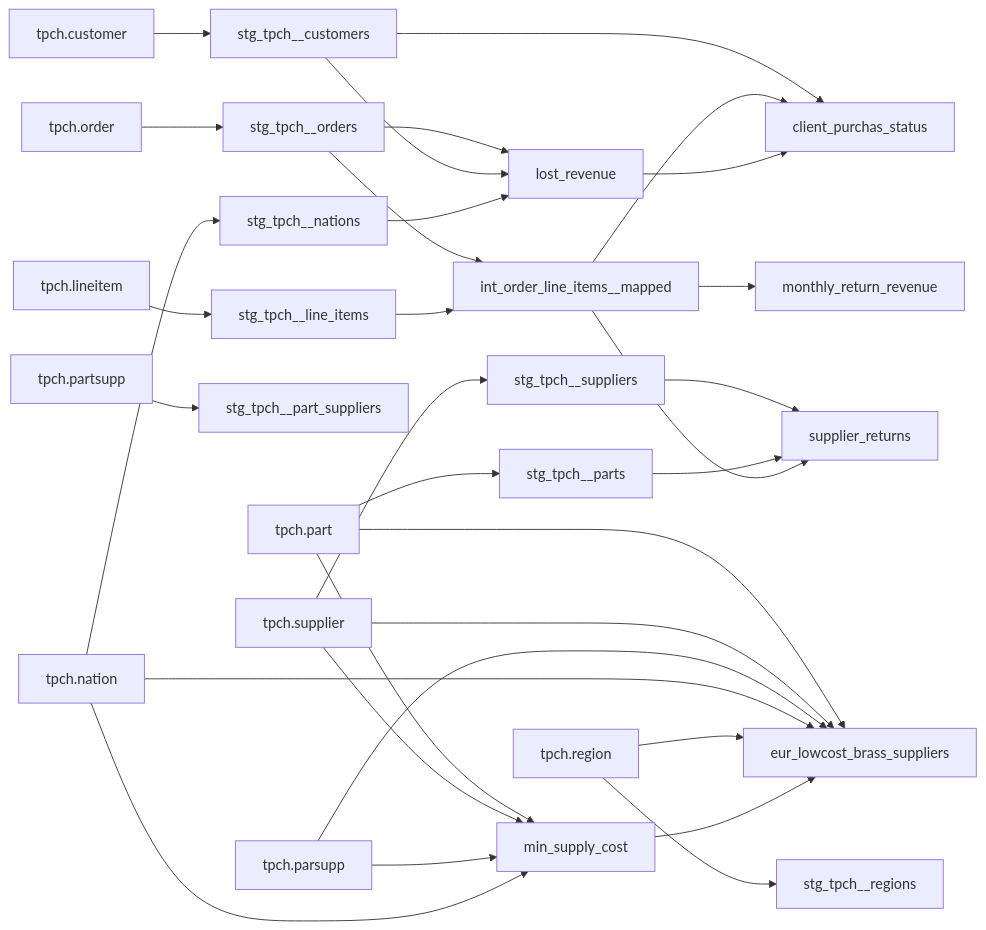
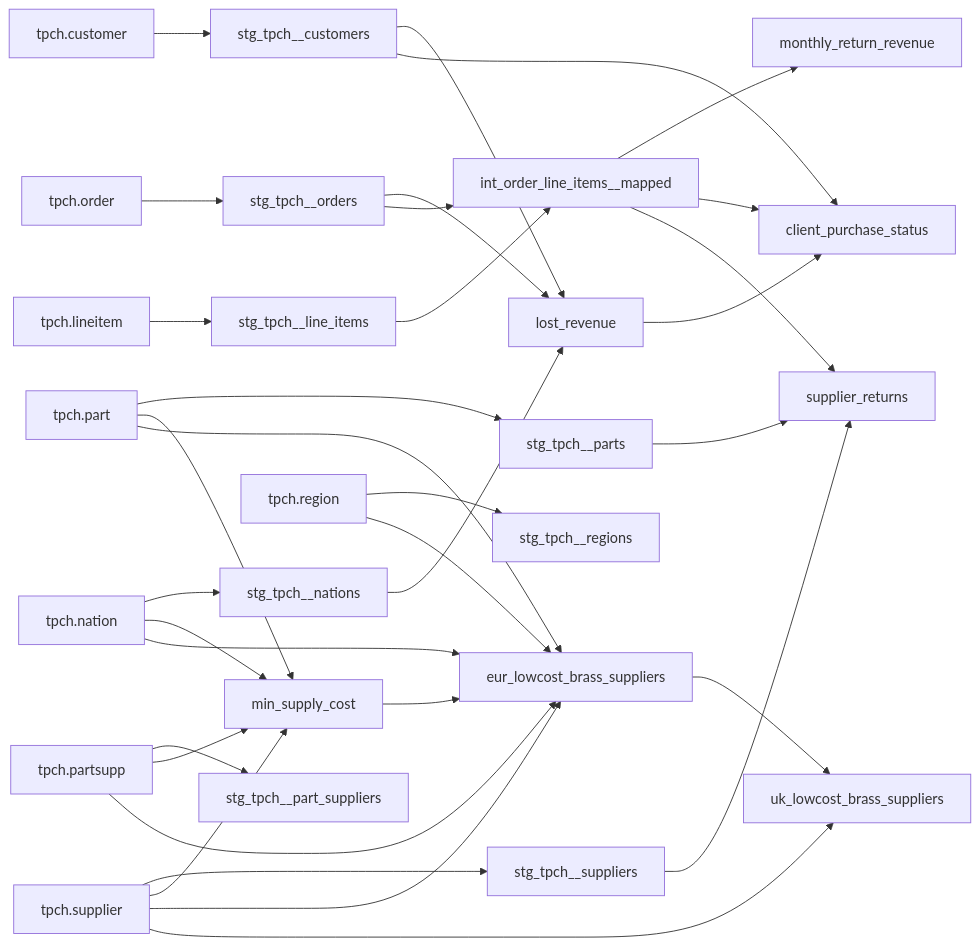
One commit to nicholasyager/hubspot-technical-assessment-template changed the second of 2 diagrams in README.md. Above: the diagram before and after it, drawn with Mermaid.

Commit message:
Update README.md
Correct the README's DAG diagram to resolve spelling issues and missing models.

````diff
--- a/README.md
+++ b/README.md
@@ -31,44 +31,52 @@
 ```mermaid
-graph LR;
-   tpch.customer --> stg_tpch__customers;
-   tpch.lineitem --> stg_tpch__line_items;
-   tpch.nation --> stg_tpch__nations;
-   tpch.order --> stg_tpch__orders;
-   tpch.partsupp --> stg_tpch__part_suppliers;
-   tpch.part --> stg_tpch__parts;
-   tpch.region --> stg_tpch__regions;
-   tpch.supplier --> stg_tpch__suppliers;
+flowchart LR
 
-   stg_tpch__orders --> lost_revenue
-   stg_tpch__customers --> lost_revenue
-   stg_tpch__nations --> lost_revenue
+    classDef newModel stroke:#DAF7A6, fill:#DAF7A644
+    classDef removedModel stroke:#F7A6B1, fill:#F7A6B144
 
-   stg_tpch__orders --> int_order_line_items__mapped
-   stg_tpch__line_items --> int_order_line_items__mapped
+    tpch.customer --> stg_tpch__customers;
+    tpch.lineitem --> stg_tpch__line_items;
+    tpch.nation --> stg_tpch__nations;
+    tpch.order --> stg_tpch__orders;
+    tpch.partsupp --> stg_tpch__part_suppliers;
+    tpch.part --> stg_tpch__parts;
+    tpch.region --> stg_tpch__regions;
+    tpch.supplier --> stg_tpch__suppliers;
+
+    stg_tpch__orders --> lost_revenue
+    stg_tpch__customers --> lost_revenue
+    stg_tpch__nations --> lost_revenue
+
+    stg_tpch__orders --> int_order_line_items__mapped
+    stg_tpch__line_items --> int_order_line_items__mapped
 
 
-   int_order_line_items__mapped --> monthly_return_revenue
+    int_order_line_items__mapped --> monthly_return_revenue
 
+    stg_tpch__customers --> client_purchase_status;
+    int_order_line_items__mapped --> client_purchase_status;
+    lost_revenue --> client_purchase_status;
 
-   stg_tpch__customers --> client_purchas_status;
-   int_order_line_items__mapped --> client_purchas_status;
-   lost_revenue --> client_purchas_status;
+    min_supply_cost
+    tpch.part --> min_supply_cost
+    tpch.supplier --> min_supply_cost
+    tpch.partsupp --> min_supply_cost
+    tpch.nation --> min_supply_cost
 
-   tpch.part --> min_supply_cost
-   tpch.supplier --> min_supply_cost
-   tpch.parsupp --> min_supply_cost
-   tpch.nation --> min_supply_cost
+    eur_lowcost_brass_suppliers
+    tpch.part --> eur_lowcost_brass_suppliers
+    tpch.supplier --> eur_lowcost_brass_suppliers
+    tpch.partsupp --> eur_lowcost_brass_suppliers
+    tpch.nation --> eur_lowcost_brass_suppliers
+    tpch.region --> eur_lowcost_brass_suppliers
+    min_supply_cost --> eur_lowcost_brass_suppliers
 
-   tpch.part --> eur_lowcost_brass_suppliers
-   tpch.supplier --> eur_lowcost_brass_suppliers
-   tpch.parsupp --> eur_lowcost_brass_suppliers
-   tpch.nation --> eur_lowcost_brass_suppliers
-   tpch.region --> eur_lowcost_brass_suppliers
-   min_supply_cost --> eur_lowcost_brass_suppliers
+    uk_lowcost_brass_suppliers
+    eur_lowcost_brass_suppliers --> uk_lowcost_brass_suppliers
+    tpch.supplier --> uk_lowcost_brass_suppliers
 
-
-   stg_tpch__suppliers --> supplier_returns
-   stg_tpch__parts --> supplier_returns
-   int_order_line_items__mapped --> supplier_returns
+    stg_tpch__suppliers --> supplier_returns
+    stg_tpch__parts --> supplier_returns
+    int_order_line_items__mapped --> supplier_returns
 
 ```
````
